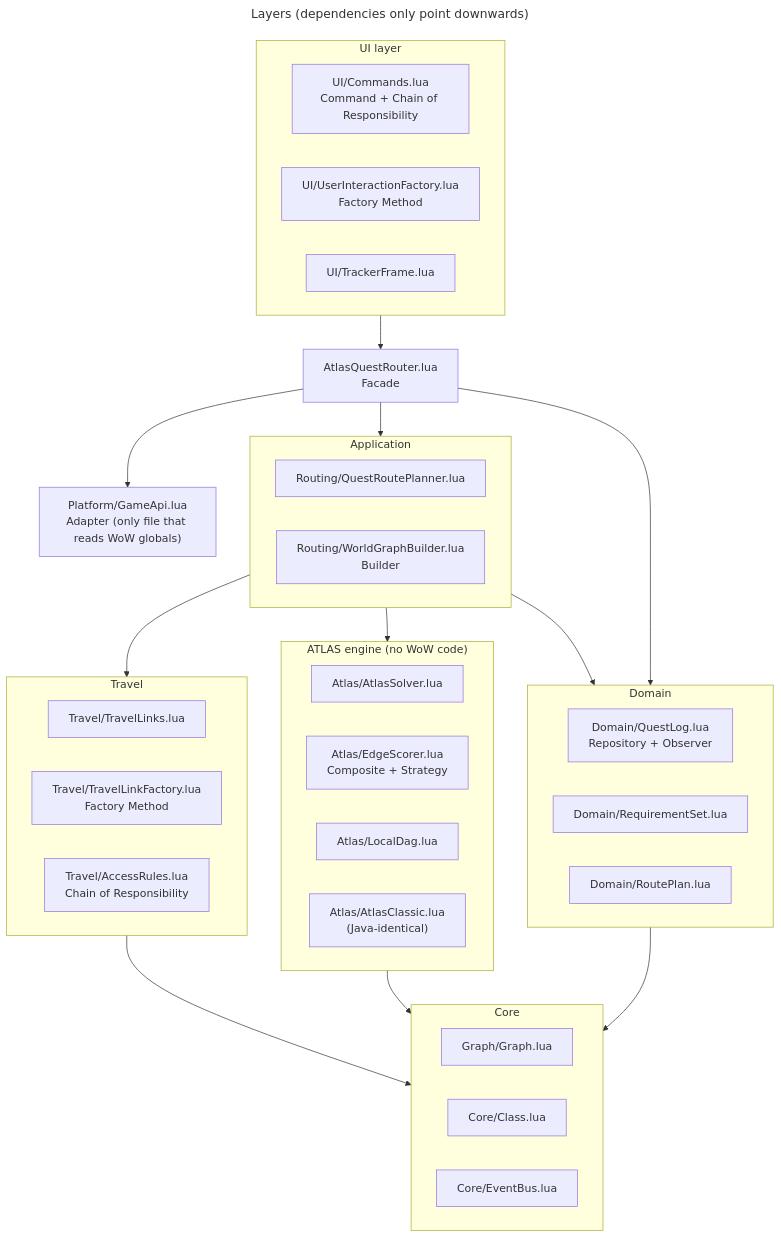
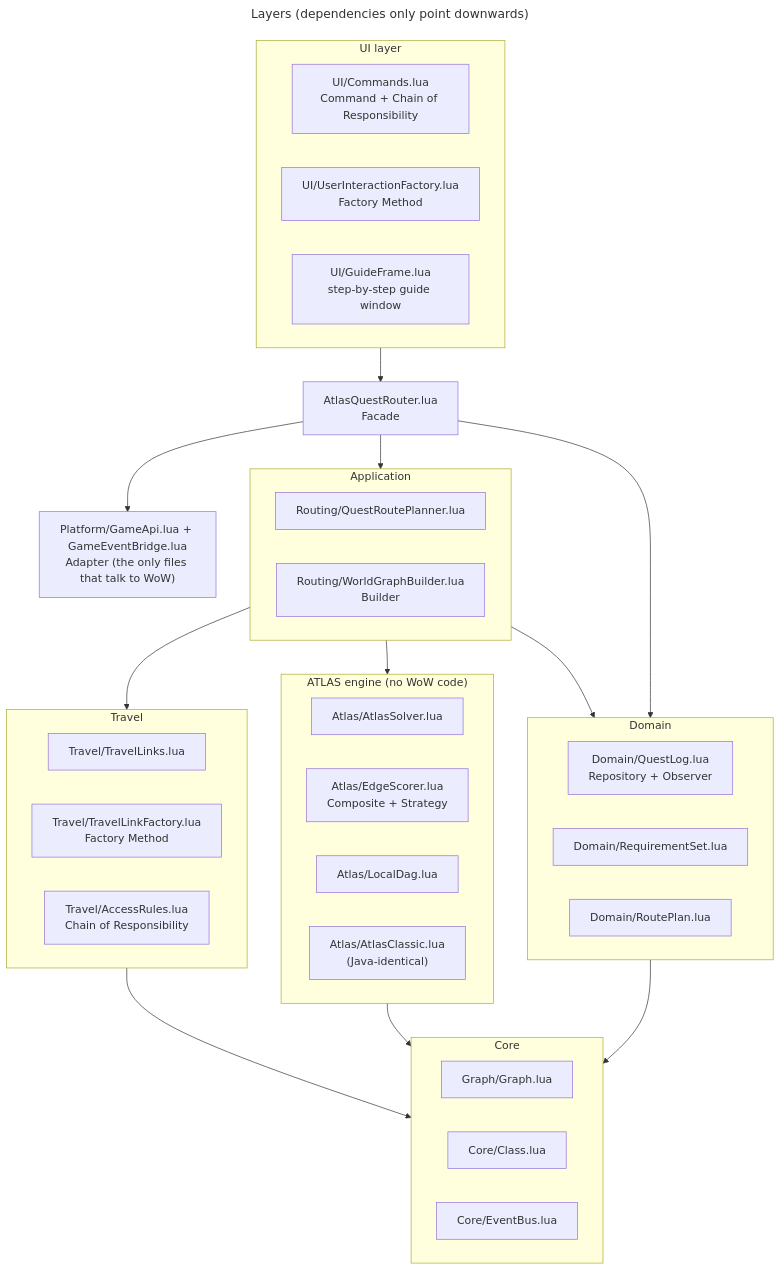
Before and after one commit to Qanoo-Taweel/wow-atlas-quest-router: the diagram in docs/diagrams/packages.mmd, drawn with Mermaid. The commit also changed 34 other files, not shown here.

First line of the commit message:
Step-by-step guide window, authors, documentation cleanup

```diff
--- a/docs/diagrams/packages.mmd
+++ b/docs/diagrams/packages.mmd
@@ -1,46 +1,46 @@
 ---
 title: Layers (dependencies only point downwards)
 ---
 flowchart TB
   subgraph UI["UI layer"]
     Commands["UI/Commands.lua<br/>Command + Chain of Responsibility"]
     Factory["UI/UserInteractionFactory.lua<br/>Factory Method"]
-    Tracker["UI/TrackerFrame.lua"]
+    Guide["UI/GuideFrame.lua<br/>step-by-step guide window"]
   end
   Facade["AtlasQuestRouter.lua<br/>Facade"]
   subgraph APP["Application"]
     Planner["Routing/QuestRoutePlanner.lua"]
     Builder["Routing/WorldGraphBuilder.lua<br/>Builder"]
   end
   subgraph DOMAIN["Domain"]
     QuestLog["Domain/QuestLog.lua<br/>Repository + Observer"]
     Req["Domain/RequirementSet.lua"]
     Plan["Domain/RoutePlan.lua"]
   end
   subgraph TRAVEL["Travel"]
     Links["Travel/TravelLinks.lua"]
     LinkFactory["Travel/TravelLinkFactory.lua<br/>Factory Method"]
     Rules["Travel/AccessRules.lua<br/>Chain of Responsibility"]
   end
   subgraph ATLAS["ATLAS engine (no WoW code)"]
     Solver["Atlas/AtlasSolver.lua"]
     Scorer["Atlas/EdgeScorer.lua<br/>Composite + Strategy"]
     Dag["Atlas/LocalDag.lua"]
     Classic["Atlas/AtlasClassic.lua<br/>(Java-identical)"]
   end
   subgraph CORE["Core"]
     Graph["Graph/Graph.lua"]
     Class["Core/Class.lua"]
     Bus["Core/EventBus.lua"]
   end
-  Platform["Platform/GameApi.lua<br/>Adapter (only file that reads WoW globals)"]
+  Platform["Platform/GameApi.lua + GameEventBridge.lua<br/>Adapter (the only files that talk to WoW)"]
   UI --> Facade
   Facade --> APP
   Facade --> DOMAIN
   Facade --> Platform
   APP --> TRAVEL
   APP --> ATLAS
   APP --> DOMAIN
   ATLAS --> CORE
   TRAVEL --> CORE
   DOMAIN --> CORE
```
